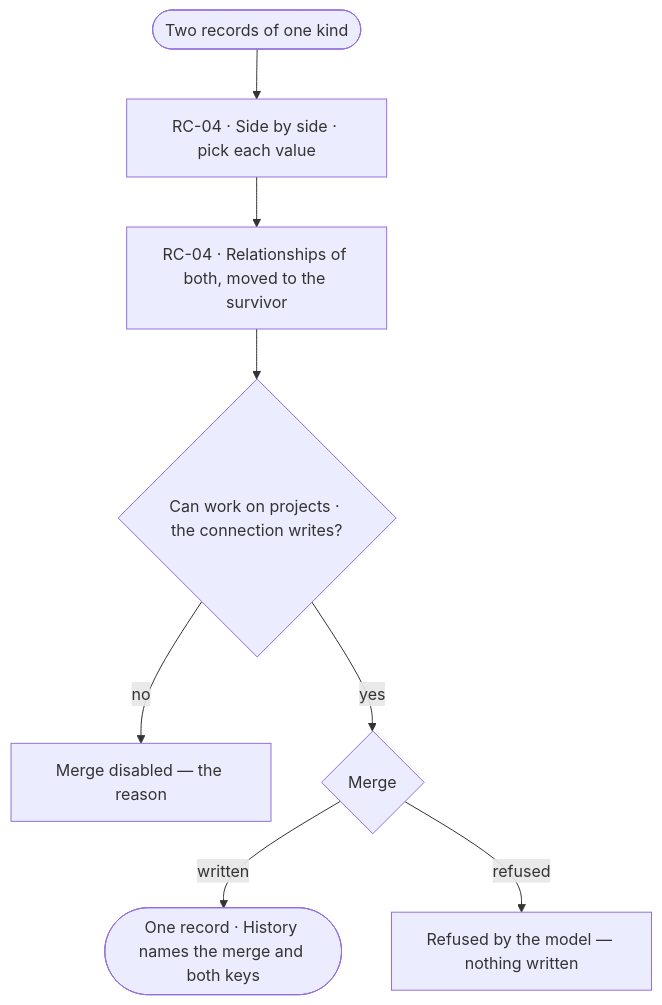
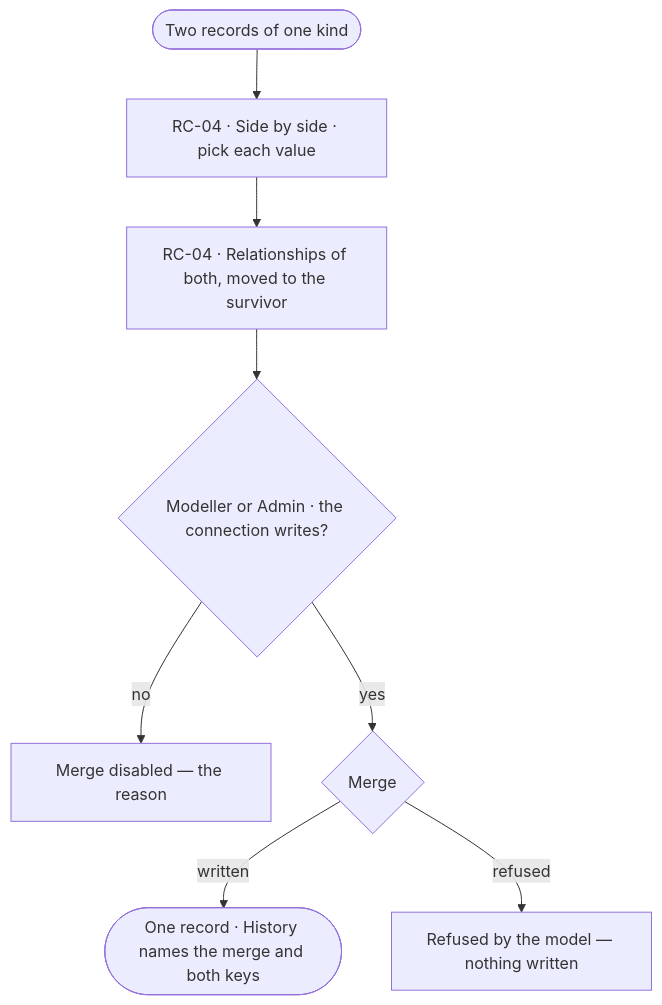
The diagram in specs/capabilities/records/features/RC-F05-merge-duplicates/feature.md (invana/invana), drawn with Mermaid before and after one commit. The commit also changed other lines of this file and 300 other files, not shown here.

````diff
--- a/specs/capabilities/records/features/RC-F05-merge-duplicates/feature.md
+++ b/specs/capabilities/records/features/RC-F05-merge-duplicates/feature.md
@@ -21,10 +21,10 @@
 ```mermaid
 flowchart TD
   start([Two records of one kind]) --> side["RC-04 · Side by side · pick each value"]
   side --> rel["RC-04 · Relationships of both, moved to the survivor"]
-  rel --> g{Can work on projects · the connection writes?}
+  rel --> g{Modeller or Admin · the connection writes?}
   g -->|no| na["Merge disabled — the reason"]
   g -->|yes| run{Merge}
   run -->|written| done(["One record · History names the merge and both keys"])
   run -->|refused| rf["Refused by the model — nothing written"]
 ```
````
